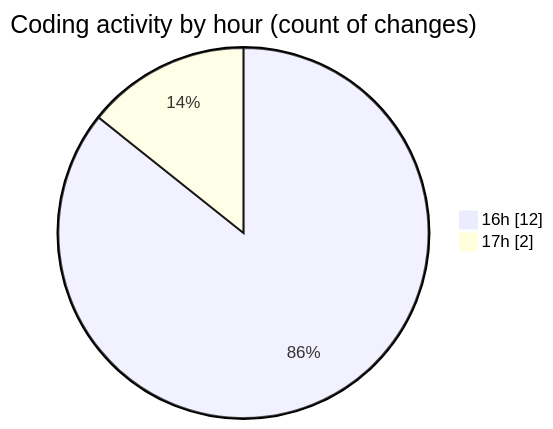
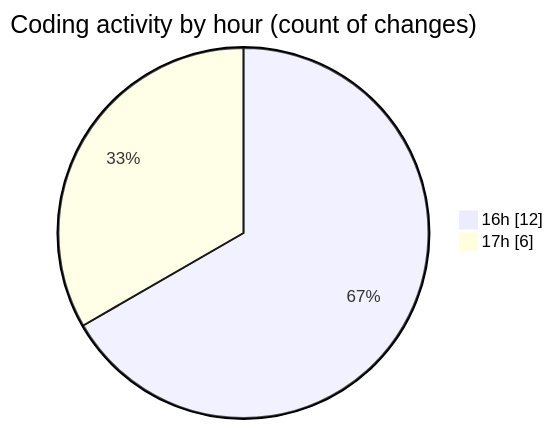
The second of 2 diagrams in 2025-03-12/termonied-web/README.md (robertbonfada/code-tracking), drawn with Mermaid before and after one commit. The commit also changed other lines of this file and 1 other file, not shown here.

````diff
--- a/2025-03-12/termonied-web/README.md
+++ b/2025-03-12/termonied-web/README.md
@@ -29,6 +29,6 @@
 ```mermaid
 pie showData
 title Coding activity by hour (count of changes)
 "16h" : 12
-"17h" : 2
+"17h" : 6
 ```
````
